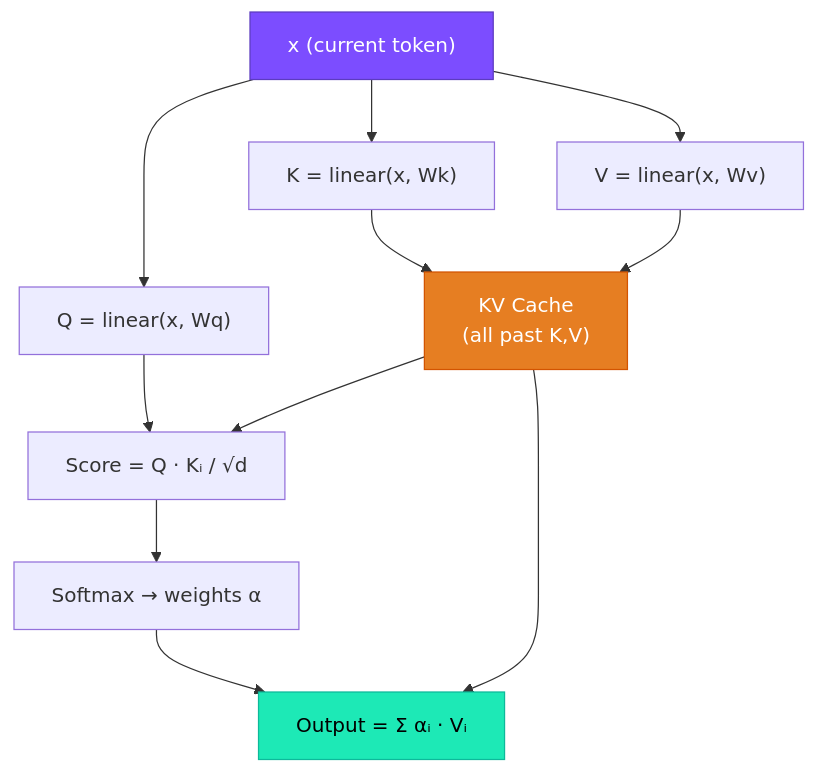
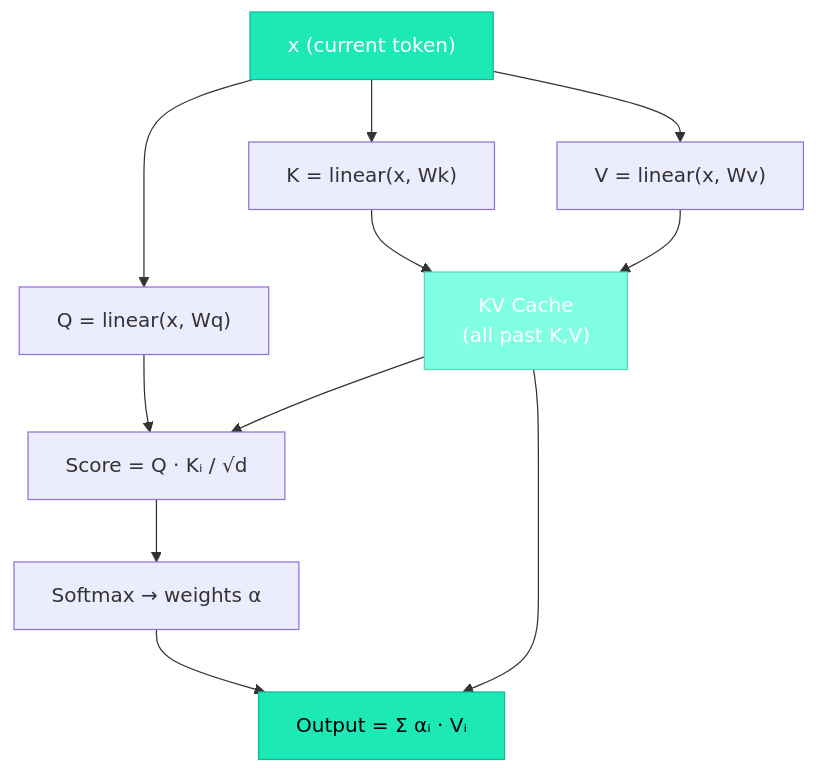
The diagram in docs/03-the-architecture/05-attention.md (iamkhalid2/microgpt-course), drawn with Mermaid before and after one commit. The commit also changed 23 other files, not shown here.

````diff
--- a/docs/03-the-architecture/05-attention.md
+++ b/docs/03-the-architecture/05-attention.md
@@ -93,17 +93,17 @@
 ```mermaid
 flowchart TD
     X["x (current token)"] --> Q["Q = linear(x, Wq)"]
     X --> K["K = linear(x, Wk)"]
     X --> V["V = linear(x, Wv)"]
     K --> CACHE["KV Cache\n(all past K,V)"]
     V --> CACHE
     Q --> SCORE["Score = Q · Kᵢ / √d"]
     CACHE --> SCORE
     SCORE --> SM["Softmax → weights α"]
     SM --> BLEND["Output = Σ αᵢ · Vᵢ"]
     CACHE --> BLEND
 
-    style X fill:#7c4dff,stroke:#5c3cbf,color:#fff
+    style X fill:#1de9b6,stroke:#0db99a,color:#fff
     style BLEND fill:#1de9b6,stroke:#0db99a,color:#000
-    style CACHE fill:#e67e22,stroke:#d35400,color:#fff
+    style CACHE fill:#80ffe5,stroke:#5cd4bc,color:#fff
 ```
````
